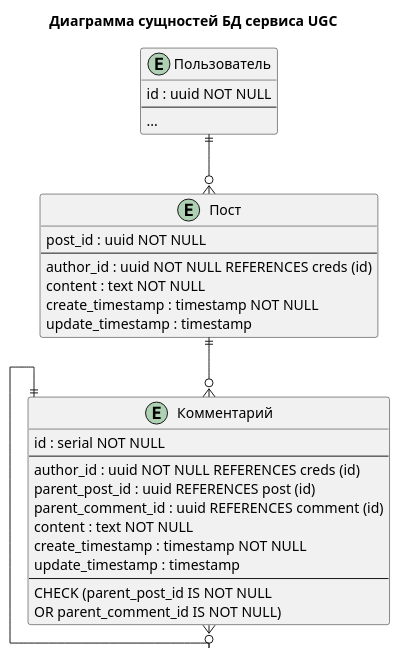
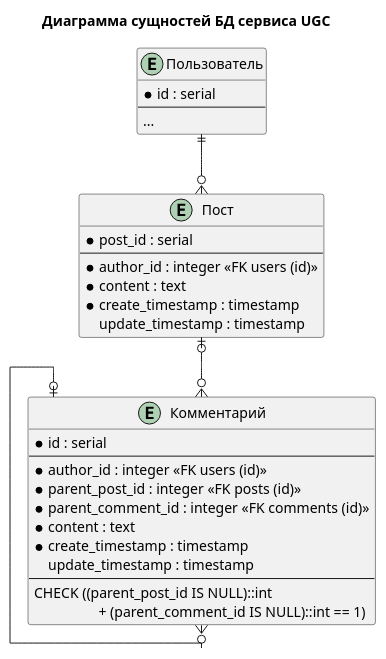
The diagram in docs/erd-ugc.plantuml (sermir2003/my-tiny-social-network), drawn with PlantUML before and after one commit. The commit also changed 4 other files, not shown here.

Commit message:
improved diagrams

```diff
--- a/docs/erd-ugc.plantuml
+++ b/docs/erd-ugc.plantuml
@@ -1,42 +1,42 @@
 @startuml erd-ugc
 
 skinparam linetype ortho
 
 title
     Диаграмма сущностей БД сервиса UGC
 end title
 
-entity "Пользователь" as cred {
-    id : uuid NOT NULL
+entity "Пользователь" as users {
+    * id : serial
     --
     ...
 }
 
-entity "Пост" as post {
-    post_id : uuid NOT NULL
+entity "Пост" as posts {
+    * post_id : serial
     --
-    author_id : uuid NOT NULL REFERENCES creds (id)
-    content : text NOT NULL
-    create_timestamp : timestamp NOT NULL
+    * author_id : integer <<FK users (id)>>
+    * content : text
+    * create_timestamp : timestamp
     update_timestamp : timestamp
 }
 
-entity "Комментарий" as comment {
-    id : serial NOT NULL
+entity "Комментарий" as comments {
+    * id : serial
     --
-    author_id : uuid NOT NULL REFERENCES creds (id)
-    parent_post_id : uuid REFERENCES post (id)
-    parent_comment_id : uuid REFERENCES comment (id)
-    content : text NOT NULL
-    create_timestamp : timestamp NOT NULL
+    * author_id : integer <<FK users (id)>>
+    * parent_post_id : integer <<FK posts (id)>>
+    * parent_comment_id : integer <<FK comments (id)>>
+    * content : text
+    * create_timestamp : timestamp
     update_timestamp : timestamp
     --
-    CHECK (parent_post_id IS NOT NULL
-    OR parent_comment_id IS NOT NULL)
+    CHECK ((parent_post_id IS NULL)::int
+    ㅤㅤㅤㅤㅤ+ (parent_comment_id IS NULL)::int == 1)
 }
 
-cred ||--o{ post
-post ||--o{ comment
-comment ||--o{ comment
+users ||--o{ posts
+posts |o--o{ comments
+comments |o--o{ comments
 
 @enduml
```
